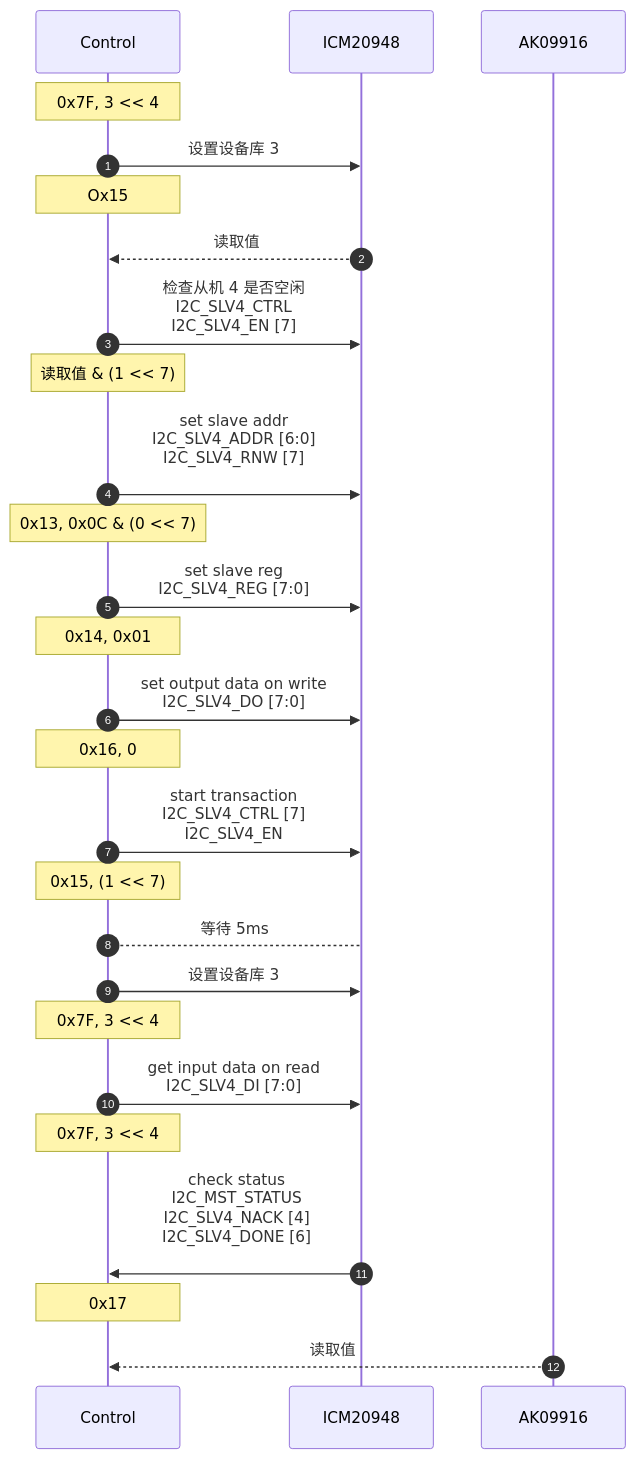
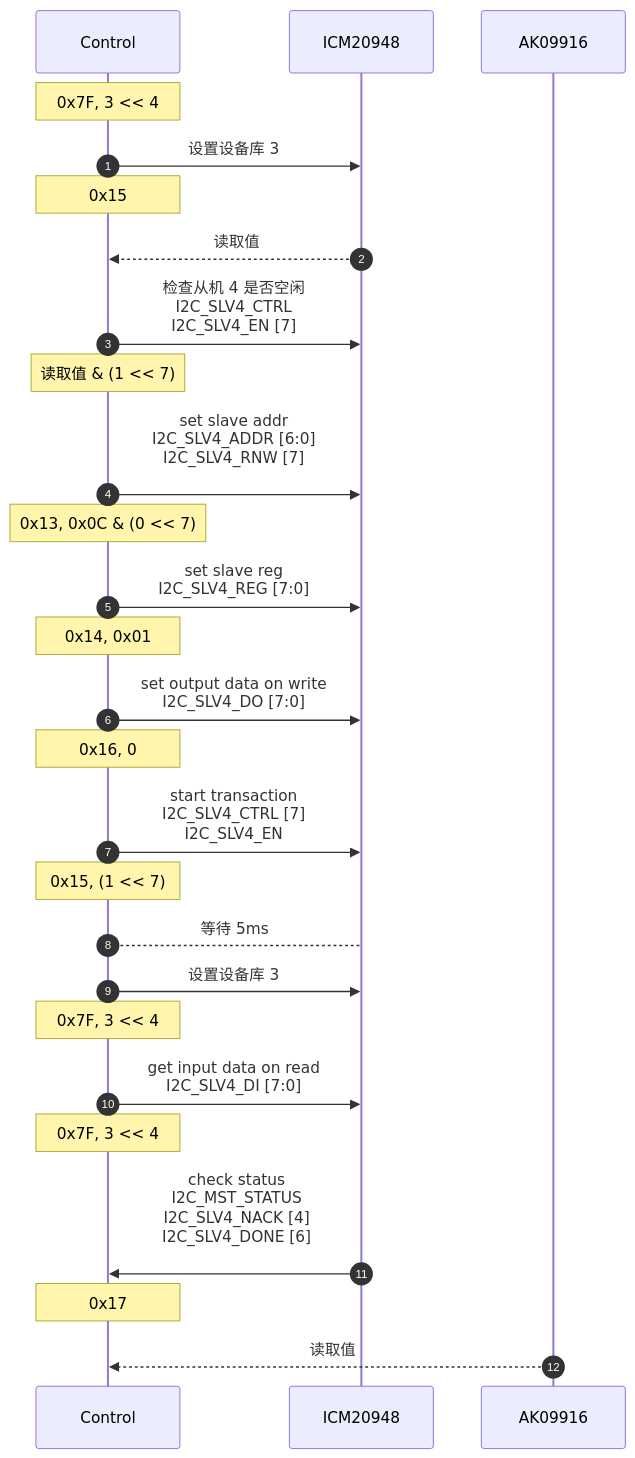
One commit to hkdickyko/hkdickyko.github.io changed the sixth of 6 diagrams in _posts/2025-04-06-mdchart.md. Above: the diagram before and after it, drawn with Mermaid.

```diff
--- a/_posts/2025-04-06-mdchart.md
+++ b/_posts/2025-04-06-mdchart.md
@@ -282,31 +282,31 @@
 <div class="mermaid">
 sequenceDiagram;
    autonumber;
    participant C as Control;
    participant I as ICM20948;
    participant A as AK09916;
    note over C: 0x7F, 3 << 4;
    C->>I: 设置设备库 3;
-   note over C: Ox15
+   note over C: 0x15
    I-->>C: 读取值;
    C->>I: 检查从机 4 是否空闲<br/>I2C_SLV4_CTRL<br/>I2C_SLV4_EN [7];
    note over C: 读取值 & (1 << 7);
    C->>I: set slave addr<br/>I2C_SLV4_ADDR [6:0]<br/>I2C_SLV4_RNW [7]<br/>;
    note over C: 0x13, 0x0C & (0 << 7);
    C->>I: set slave reg<br/>I2C_SLV4_REG [7:0];
    note over C: 0x14, 0x01;   
    C->>I: set output data on write<br/>I2C_SLV4_DO [7:0];
    note over C: 0x16, 0; 
    C->>I: start transaction<br/>I2C_SLV4_CTRL [7] <br/>I2C_SLV4_EN;
    note over C: 0x15, (1 << 7);   
    C-->I: 等待 5ms;
    C->>I: 设置设备库 3;
    note over C: 0x7F, 3 << 4;
    C->>I: get input data on read<br/>I2C_SLV4_DI [7:0];
    note over C: 0x7F, 3 << 4;
    I->>C: check status<br/>I2C_MST_STATUS<br/>I2C_SLV4_NACK [4]<br/>I2C_SLV4_DONE [6]<br/>;
    note over C: 0x17;
    A-->>C: 读取值; 
 
 
 </div>
```
